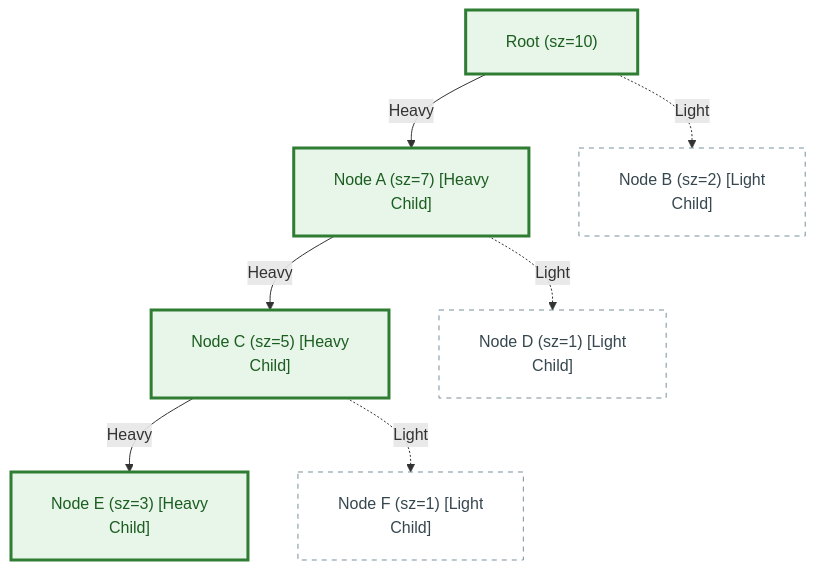
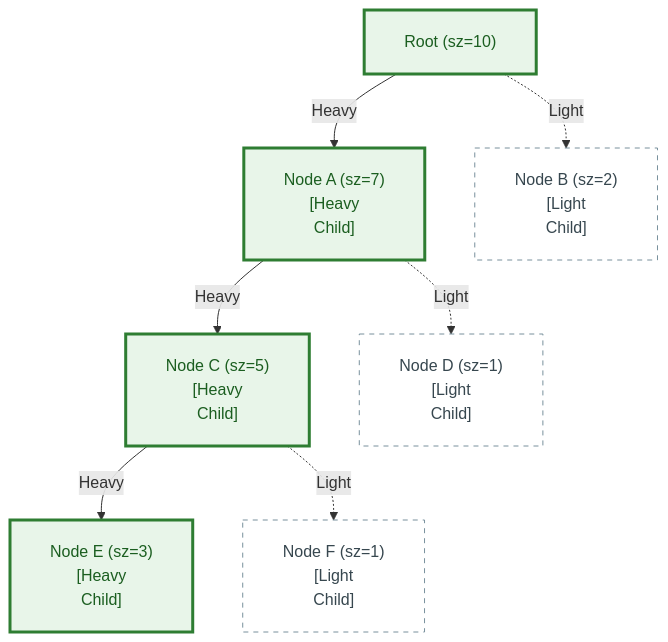
Before and after one commit to dip4k/DSA_102: the diagram in week_18_probabilistic_ds_systems/Week_18_Visual_Concepts_Playbook_HYBRID.md, drawn with Mermaid. The commit also changed 106 other files, not shown here.

First line of the commit message:
fix(mermaid): prevent text clipping with foreignObject overflow and tighter line wrapping

````diff
--- a/week_18_probabilistic_ds_systems/Week_18_Visual_Concepts_Playbook_HYBRID.md
+++ b/week_18_probabilistic_ds_systems/Week_18_Visual_Concepts_Playbook_HYBRID.md
@@ -120,22 +120,22 @@
 ```mermaid
-%%{init: {"flowchart": {"htmlLabels": true, "padding": 20}}}%%
+%%{init: {"flowchart": {"htmlLabels": true, "padding": 20}, "themeCSS": "foreignObject { overflow: visible !important; }"}}%%
 flowchart TD
     classDef heavy fill:#e8f5e9,stroke:#2e7d32,stroke-width:3px,color:#1b5e20
     classDef light fill:#ffffff,stroke:#78909c,stroke-width:1px,stroke-dasharray: 5 5,color:#37474f
 
     R["Root (sz=10)"]:::heavy
-    A["Node A (sz=7) [Heavy<br/>Child]"]:::heavy
-    B["Node B (sz=2) [Light<br/>Child]"]:::light
+    A["Node A (sz=7)<br/>[Heavy<br/>Child]"]:::heavy
+    B["Node B (sz=2)<br/>[Light<br/>Child]"]:::light
     R -->|Heavy| A
     R -.->|Light| B
 
-    C["Node C (sz=5) [Heavy<br/>Child]"]:::heavy
-    D["Node D (sz=1) [Light<br/>Child]"]:::light
+    C["Node C (sz=5)<br/>[Heavy<br/>Child]"]:::heavy
+    D["Node D (sz=1)<br/>[Light<br/>Child]"]:::light
     A -->|Heavy| C
     A -.->|Light| D
 
-    E["Node E (sz=3) [Heavy<br/>Child]"]:::heavy
-    F["Node F (sz=1) [Light<br/>Child]"]:::light
+    E["Node E (sz=3)<br/>[Heavy<br/>Child]"]:::heavy
+    F["Node F (sz=1)<br/>[Light<br/>Child]"]:::light
     C -->|Heavy| E
     C -.->|Light| F
 ```
````
